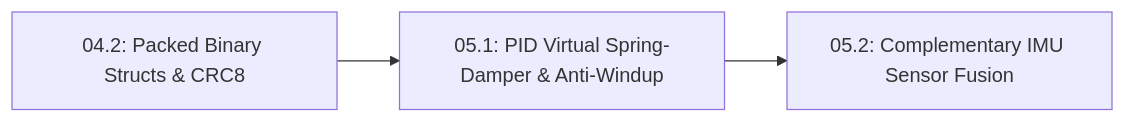
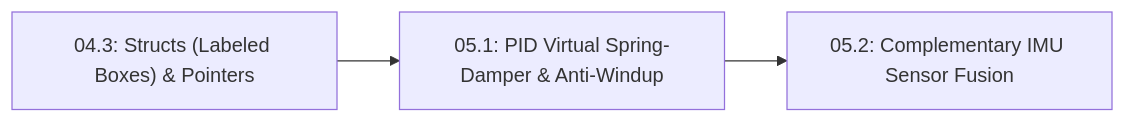
The diagram in 05-control-and-estimation/05.1-pid-virtual-spring-damper-and-anti-windup.md (TLE47/Mechatronics-Roadmap), drawn with Mermaid before and after one commit. The commit also changed other lines of this file and 35 other files, not shown here.

````diff
--- a/05-control-and-estimation/05.1-pid-virtual-spring-damper-and-anti-windup.md
+++ b/05-control-and-estimation/05.1-pid-virtual-spring-damper-and-anti-windup.md
@@ -29,5 +30,5 @@
 ```mermaid
 flowchart LR
-    L042["04.2: Packed Binary Structs & CRC8"] --> L051["05.1: PID Virtual Spring-Damper & Anti-Windup"]
+    L043["04.3: Structs (Labeled Boxes) & Pointers"] --> L051["05.1: PID Virtual Spring-Damper & Anti-Windup"]
     L051 --> L052["05.2: Complementary IMU Sensor Fusion"]
 ```
````
